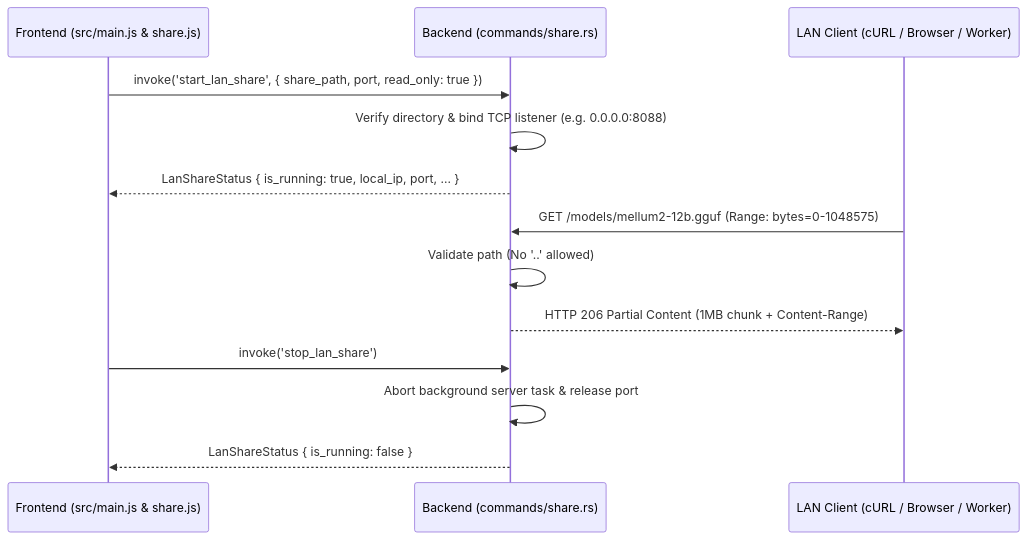
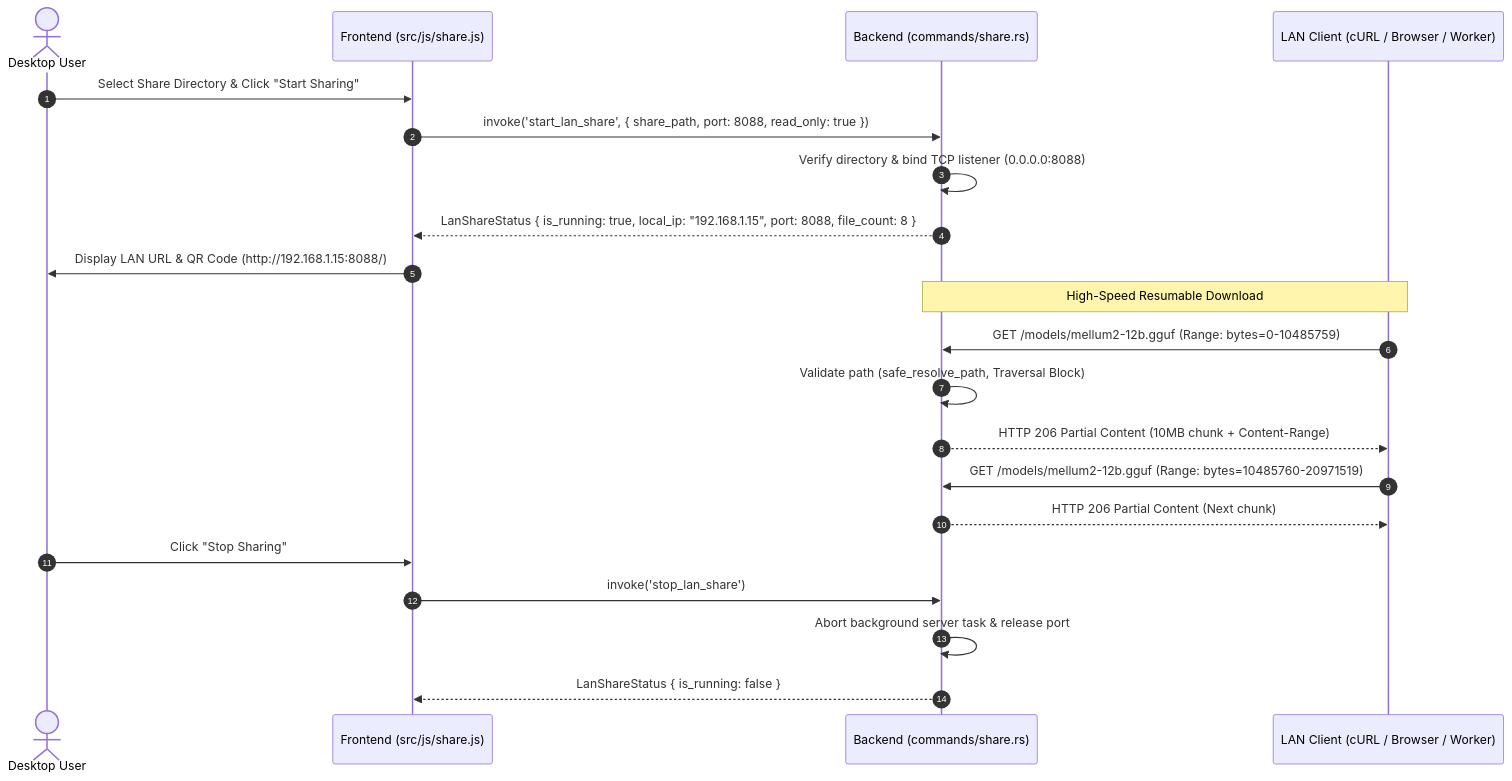
One commit to Freshair129/local-llm-hub changed the diagram in docs/domains/network-distribution/features/FEAT-012-lan-share.md. Above: the diagram before and after it, drawn with Mermaid. The commit also changed other lines of this file and 1 other file, not shown here.

Commit message:
docs(structure): integrate FEAT-012 LAN sharing spec into docs/domains/network-distribution/features/

````diff
--- a/docs/domains/network-distribution/features/FEAT-012-lan-share.md
+++ b/docs/domains/network-distribution/features/FEAT-012-lan-share.md
@@ -23,18 +24,26 @@
 ```mermaid
 sequenceDiagram
-    participant UI as Frontend (src/main.js & share.js)
+    autonumber
+    actor User as Desktop User
+    participant UI as Frontend (src/js/share.js)
     participant Rust as Backend (commands/share.rs)
     participant Client as LAN Client (cURL / Browser / Worker)
 
-    UI->>Rust: invoke('start_lan_share', { share_path, port, read_only: true })
-    Rust->>Rust: Verify directory & bind TCP listener (e.g. 0.0.0.0:8088)
-    Rust-->>UI: LanShareStatus { is_running: true, local_ip, port, ... }
-    
-    Client->>Rust: GET /models/mellum2-12b.gguf (Range: bytes=0-1048575)
-    Rust->>Rust: Validate path (No '..' allowed)
-    Rust-->>Client: HTTP 206 Partial Content (1MB chunk + Content-Range)
-    
+    User->>UI: Select Share Directory & Click "Start Sharing"
+    UI->>Rust: invoke('start_lan_share', { share_path, port: 8088, read_only: true })
+    Rust->>Rust: Verify directory & bind TCP listener (0.0.0.0:8088)
+    Rust-->>UI: LanShareStatus { is_running: true, local_ip: "192.168.1.15", port: 8088, file_count: 8 }
+    UI->>User: Display LAN URL & QR Code (http://192.168.1.15:8088/)
+
+    Note over Client,Rust: High-Speed Resumable Download
+    Client->>Rust: GET /models/mellum2-12b.gguf (Range: bytes=0-10485759)
+    Rust->>Rust: Validate path (safe_resolve_path, Traversal Block)
+    Rust-->>Client: HTTP 206 Partial Content (10MB chunk + Content-Range)
+    Client->>Rust: GET /models/mellum2-12b.gguf (Range: bytes=10485760-20971519)
+    Rust-->>Client: HTTP 206 Partial Content (Next chunk)
+
+    User->>UI: Click "Stop Sharing"
     UI->>Rust: invoke('stop_lan_share')
     Rust->>Rust: Abort background server task & release port
     Rust-->>UI: LanShareStatus { is_running: false }
 ```
````
